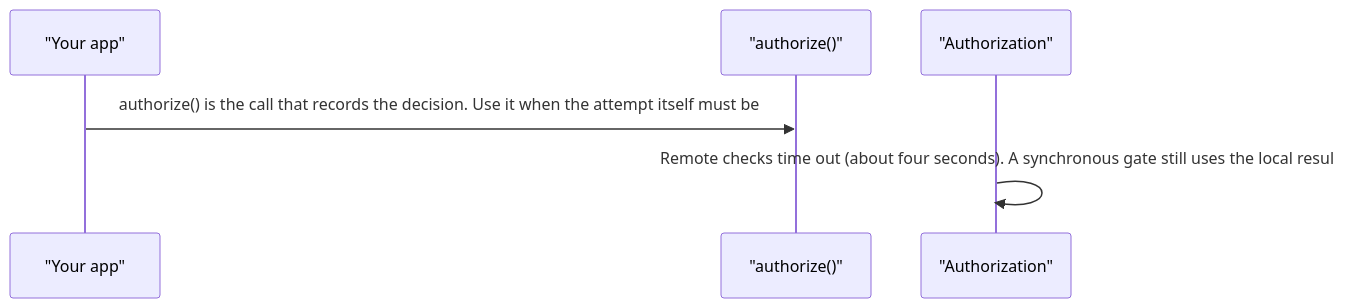
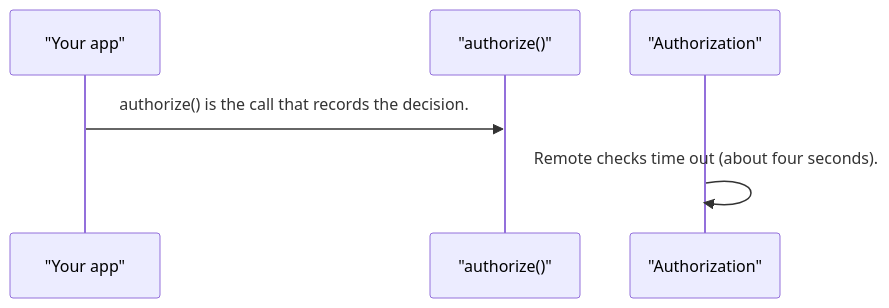
The fourth of 5 diagrams in projects/pixel-ui/src/lib/services/authorization/DESIGN.md (RajshekharBorate/pixel-ui), drawn with Mermaid before and after one commit. The commit also changed other lines of this file and 80 other files, not shown here.

Commit message:
Fill missing design flows and correct the stories that did not match component behavior.

````diff
--- a/projects/pixel-ui/src/lib/services/authorization/DESIGN.md
+++ b/projects/pixel-ui/src/lib/services/authorization/DESIGN.md
@@ -85,8 +85,8 @@
 ```mermaid
 sequenceDiagram
   participant app as "Your app"
   participant audit as "authorize()"
   participant auth as "Authorization"
-  app->>audit: authorize() is the call that records the decision. Use it when the attempt itself must be 
-  auth->>auth: Remote checks time out (about four seconds). A synchronous gate still uses the local resul
+  app->>audit: authorize() is the call that records the decision.
+  auth->>auth: Remote checks time out (about four seconds).
 ```
````
